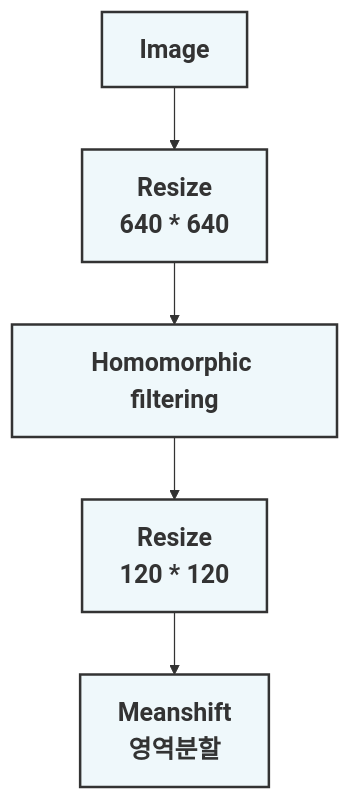
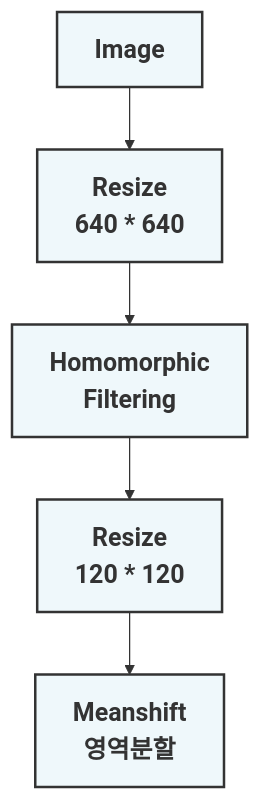
One commit to 201710808/-p changed the second of 2 diagrams in Readme.md. Above: the diagram before and after it, drawn with Mermaid.

````diff
--- a/Readme.md
+++ b/Readme.md
@@ -13,14 +13,14 @@
 ```mermaid
 graph
 A[<b><span style='font-size:20px'>Image</span></b>]-->B[<b><span style='font-size:20px'>Resize<br>640 * 640</span></b>]
-B-->C[<b><span style='font-size:20px'>Homomorphic filtering</span></b>]
+B-->C[<b><span style='font-size:20px'>Homomorphic<br>Filtering</span></b>]
 C-->D[<b><span style='font-size:20px'>Resize<br>120 * 120</span></b>]
 D-->E[<b><span style='font-size:20px'>Meanshift<br>영역분할</span></b>]
 
 
 style A fill:#EFF8FB ,stroke:#333,stroke-width:2px
 style B fill:#EFF8FB ,stroke:#333,stroke-width:2px
 style C fill:#EFF8FB ,stroke:#333,stroke-width:2px
 style D fill:#EFF8FB ,stroke:#333,stroke-width:2px
 style E fill:#EFF8FB ,stroke:#333,stroke-width:2px
 ```
````
